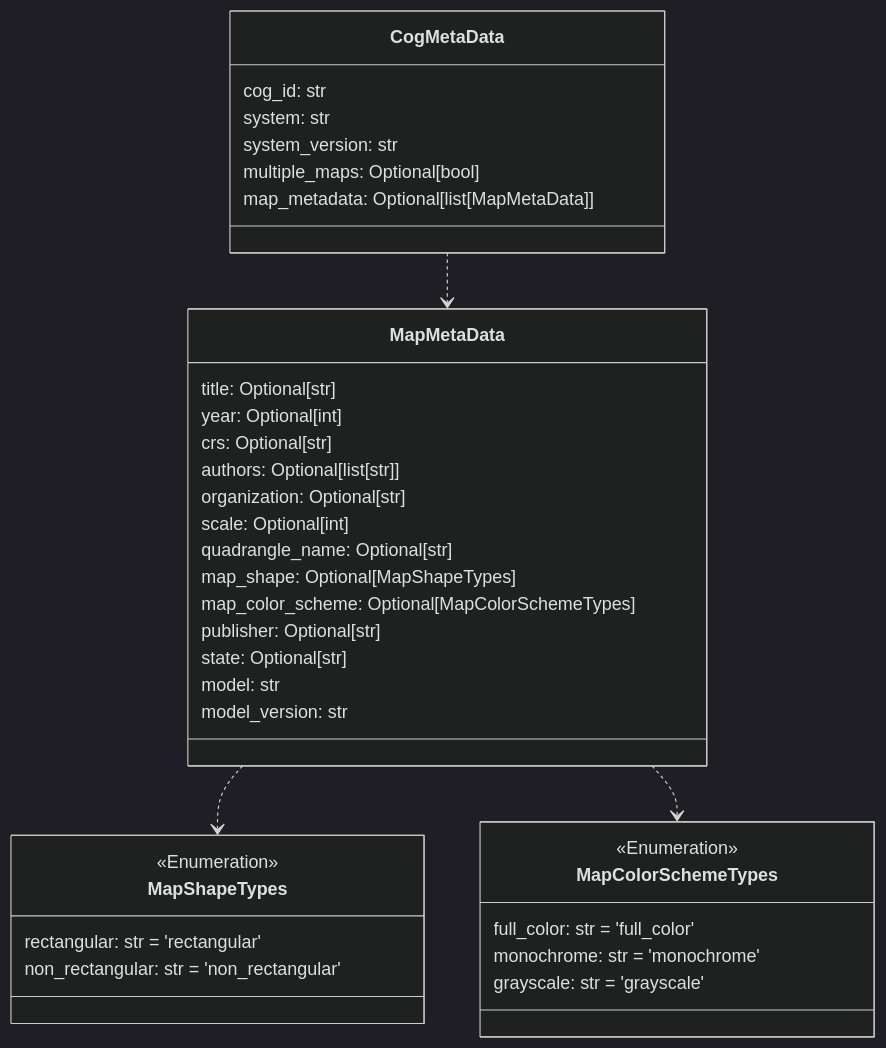
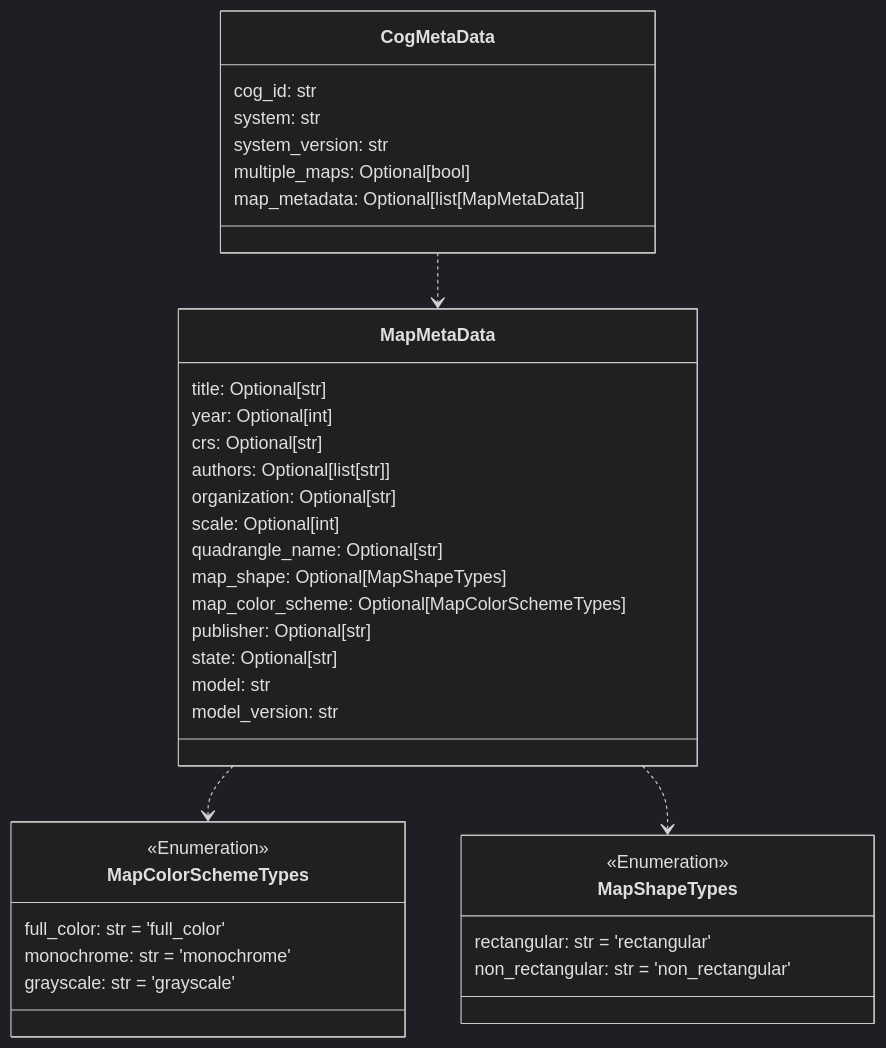
One commit to DARPA-CRITICALMAAS/cdr_schemas changed the second of 6 diagrams in README.md. Above: the diagram before and after it, drawn with Mermaid (dark theme). The commit also changed other lines of this file and 4 other files, not shown here.

Commit message:
Better diagrams

````diff
--- a/README.md
+++ b/README.md
@@ -134,46 +134,46 @@
 ```mermaid
 classDiagram
-
-    class CogMetaData {
-        cog_id: str
-        system: str
-        system_version: str
-        multiple_maps: Optional[bool]
-        map_metadata: Optional[list[MapMetaData]]
-    }
-
-    class MapShapeTypes {
-        <<Enumeration>>
-        rectangular: str = 'rectangular'
-        non_rectangular: str = 'non_rectangular'
-    }
-
-    class MapColorSchemeTypes {
-        <<Enumeration>>
-        full_color: str = 'full_color'
-        monochrome: str = 'monochrome'
-        grayscale: str = 'grayscale'
-    }
 
     class MapMetaData {
         title: Optional[str]
         year: Optional[int]
         crs: Optional[str]
         authors: Optional[list[str]]
         organization: Optional[str]
         scale: Optional[int]
         quadrangle_name: Optional[str]
         map_shape: Optional[MapShapeTypes]
         map_color_scheme: Optional[MapColorSchemeTypes]
         publisher: Optional[str]
         state: Optional[str]
         model: str
         model_version: str
     }
 
+    class MapColorSchemeTypes {
+        <<Enumeration>>
+        full_color: str = 'full_color'
+        monochrome: str = 'monochrome'
+        grayscale: str = 'grayscale'
+    }
+
+    class MapShapeTypes {
+        <<Enumeration>>
+        rectangular: str = 'rectangular'
+        non_rectangular: str = 'non_rectangular'
+    }
+
+    class CogMetaData {
+        cog_id: str
+        system: str
+        system_version: str
+        multiple_maps: Optional[bool]
+        map_metadata: Optional[list[MapMetaData]]
+    }
+
+    MapMetaData ..> MapColorSchemeTypes
     MapMetaData ..> MapShapeTypes
-    MapMetaData ..> MapColorSchemeTypes
     CogMetaData ..> MapMetaData
 
 
 ```
````
